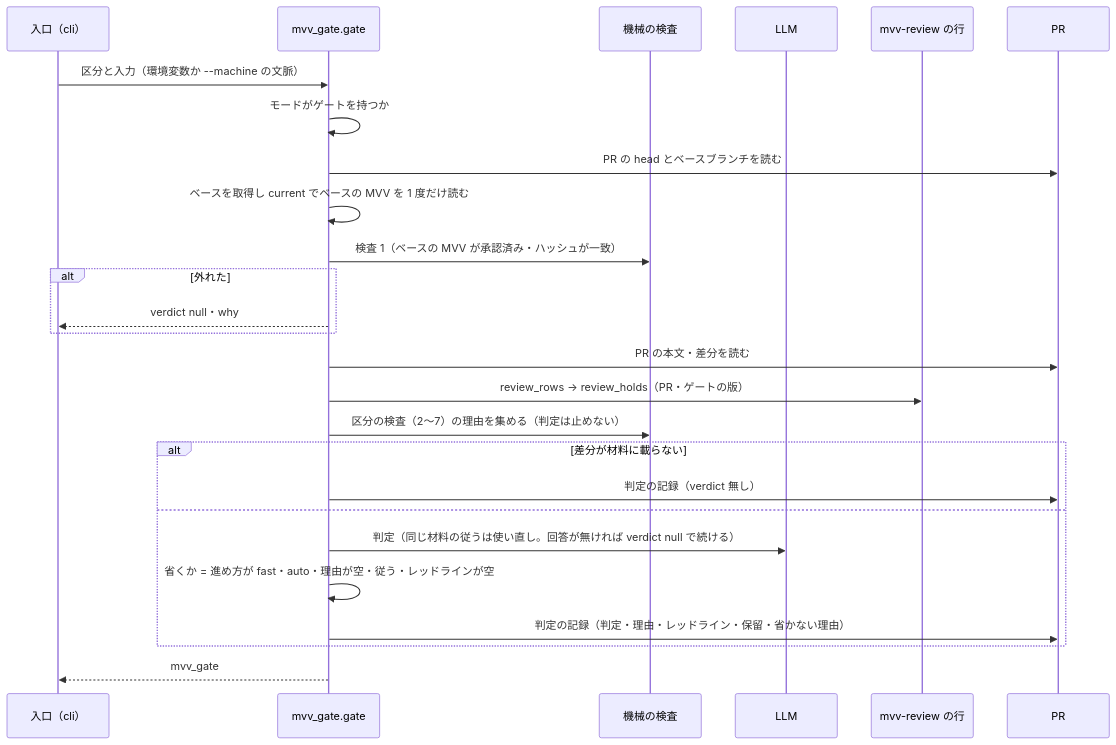
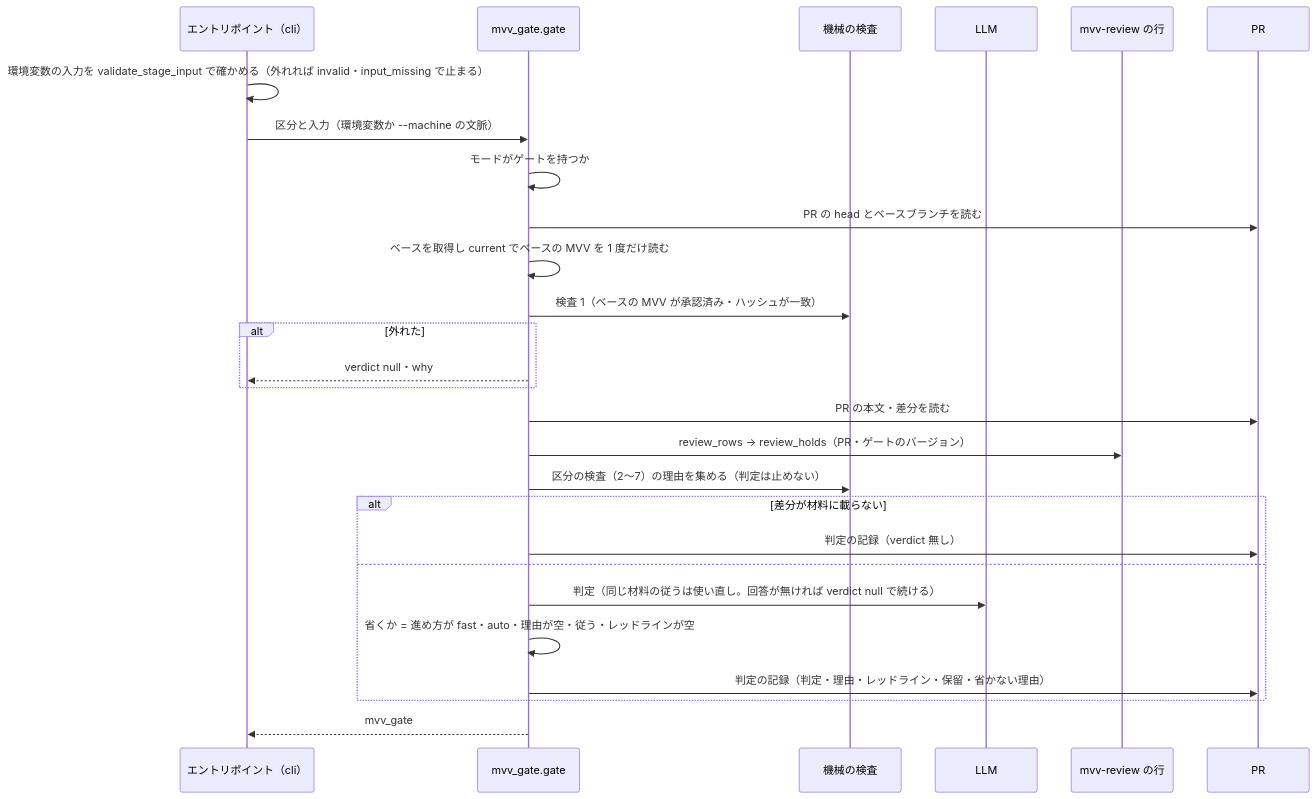
One commit to devbasex/ai-plugins changed the third of 4 diagrams in issues/issue-3959-4055-design.md. Above: the diagram before and after it, drawn with Mermaid. The commit also changed other lines of this file and 3 other files, not shown here.

````diff
--- a/issues/issue-3959-4055-design.md
+++ b/issues/issue-3959-4055-design.md
@@ -131,28 +137,29 @@
 ```mermaid
 sequenceDiagram
-  participant E as 入口（cli）
+  participant E as エントリポイント（cli）
   participant G as mvv_gate.gate
   participant C as 機械の検査
   participant L as LLM
   participant R as mvv-review の行
   participant P as PR
+  E->>E: 環境変数の入力を validate_stage_input で確かめる（外れれば invalid・input_missing で止まる）
   E->>G: 区分と入力（環境変数か --machine の文脈）
   G->>G: モードがゲートを持つか
   G->>P: PR の head とベースブランチを読む
   G->>G: ベースを取得し current でベースの MVV を 1 度だけ読む
   G->>C: 検査 1（ベースの MVV が承認済み・ハッシュが一致）
   alt 外れた
     G-->>E: verdict null・why
   end
   G->>P: PR の本文・差分を読む
-  G->>R: review_rows → review_holds（PR・ゲートの版）
+  G->>R: review_rows → review_holds（PR・ゲートのバージョン）
   G->>C: 区分の検査（2〜7）の理由を集める（判定は止めない）
   alt 差分が材料に載らない
     G->>P: 判定の記録（verdict 無し）
   else
     G->>L: 判定（同じ材料の従うは使い直し。回答が無ければ verdict null で続ける）
     G->>G: 省くか = 進め方が fast・auto・理由が空・従う・レッドラインが空
     G->>P: 判定の記録（判定・理由・レッドライン・保留・省かない理由）
   end
   G-->>E: mvv_gate
 ```
````
